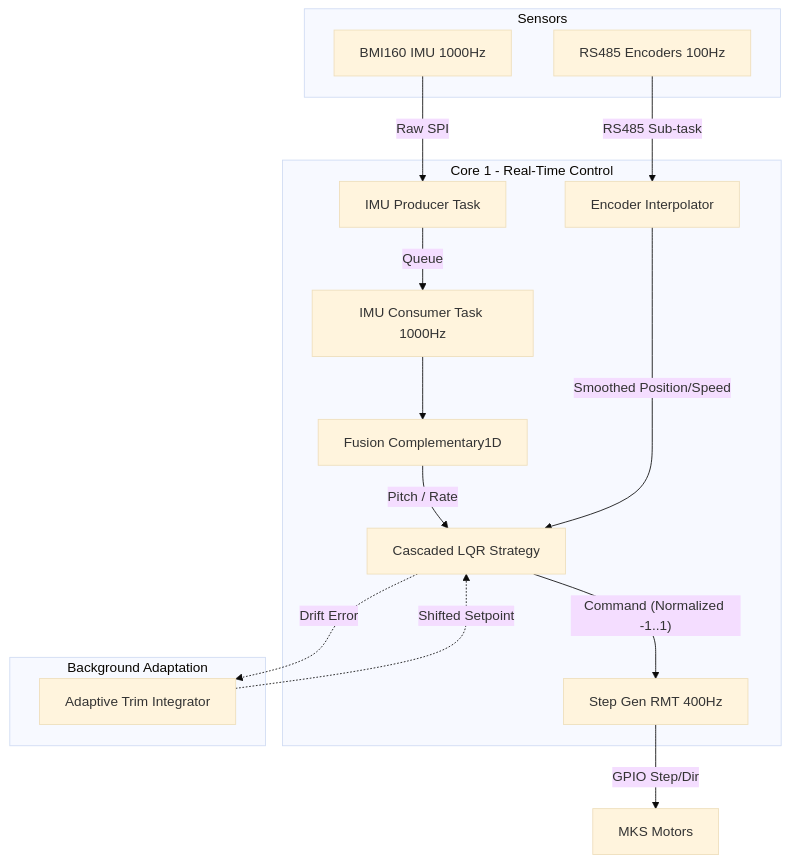
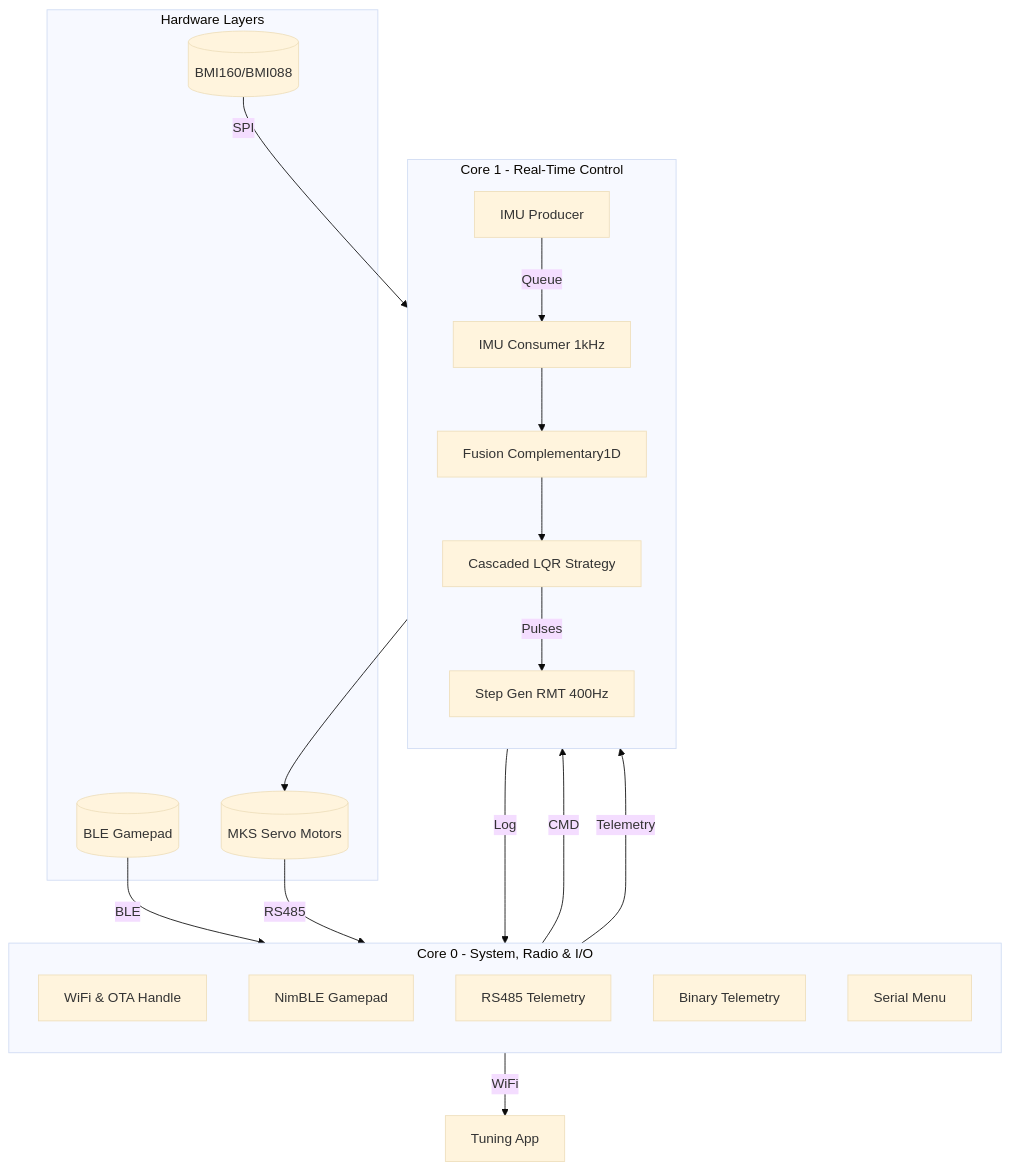
One commit to Nutz95/AutoBalancingAIBot changed the diagram in ESP32/docs/DATA_FLOW.md. Above: the diagram before and after it, drawn with Mermaid (base theme). The commit also changed other lines of this file and 5 other files, not shown here.

Commit message:
feat: Update Coder agent tools and enhance README files for improved IMU configuration and telemetry capture; refine platformio.ini for OTA flashing support

````diff
--- a/ESP32/docs/DATA_FLOW.md
+++ b/ESP32/docs/DATA_FLOW.md
@@ -11,34 +9,43 @@
 ```mermaid
-graph TD
-    subgraph Sensors
-        IMU[BMI160 IMU 1000Hz]
-        ENC[RS485 Encoders 100Hz]
+flowchart TD
+    subgraph Core0 [Core 0 - System, Radio & I/O]
+        direction TB
+        WIFI[WiFi & OTA Handle]
+        BLE[NimBLE Gamepad]
+        MOT_TEL[RS485 Telemetry]
+        TEL_SER[Binary Telemetry]
+        LOG[Serial Menu]
     end
 
-    subgraph "Core 1 - Real-Time Control"
-        Producer[IMU Producer Task]
-        Consumer[IMU Consumer Task 1000Hz]
+    subgraph Core1 [Core 1 - Real-Time Control]
+        direction TB
+        Producer[IMU Producer]
+        Consumer[IMU Consumer 1kHz]
         Fusion[Fusion Complementary1D]
-        Interp[Encoder Interpolator]
         LQR[Cascaded LQR Strategy]
         StepGen[Step Gen RMT 400Hz]
     end
 
-    IMU -- "Raw SPI" --> Producer
-    Producer -- "Queue" --> Consumer
+    subgraph HW [Hardware Layers]
+        IMU_HW[(BMI160/BMI088)]
+        MOT_HW[(MKS Servo Motors)]
+        PAD_HW[(BLE Gamepad)]
+    end
+
+    %% Interactions
+    IMU_HW -- SPI --> Producer
+    Producer -- Queue --> Consumer
     Consumer --> Fusion
-    ENC -- "RS485 Sub-task" --> Interp
+    Fusion --> LQR
+    LQR -- Pulses --> StepGen
+    StepGen --> MOT_HW
     
-    Fusion -- "Pitch / Rate" --> LQR
-    Interp -- "Smoothed Position/Speed" --> LQR
+    PAD_HW -- BLE --> BLE
+    BLE -- "CMD" --> LQR
     
-    LQR -- "Command (Normalized -1..1)" --> StepGen
-    StepGen -- "GPIO Step/Dir" --> Motors[MKS Motors]
+    MOT_HW -- RS485 --> MOT_TEL
+    MOT_TEL -- "Telemetry" --> LQR
     
-    subgraph "Background Adaptation"
-        Trim[Adaptive Trim Integrator]
-    end
-    
-    LQR -. "Drift Error" .-> Trim
-    Trim -. "Shifted Setpoint" .-> LQR
+    LQR -- "Log" --> TEL_SER
+    TEL_SER -- "WiFi" --> Remote[Tuning App]
 ```
````
